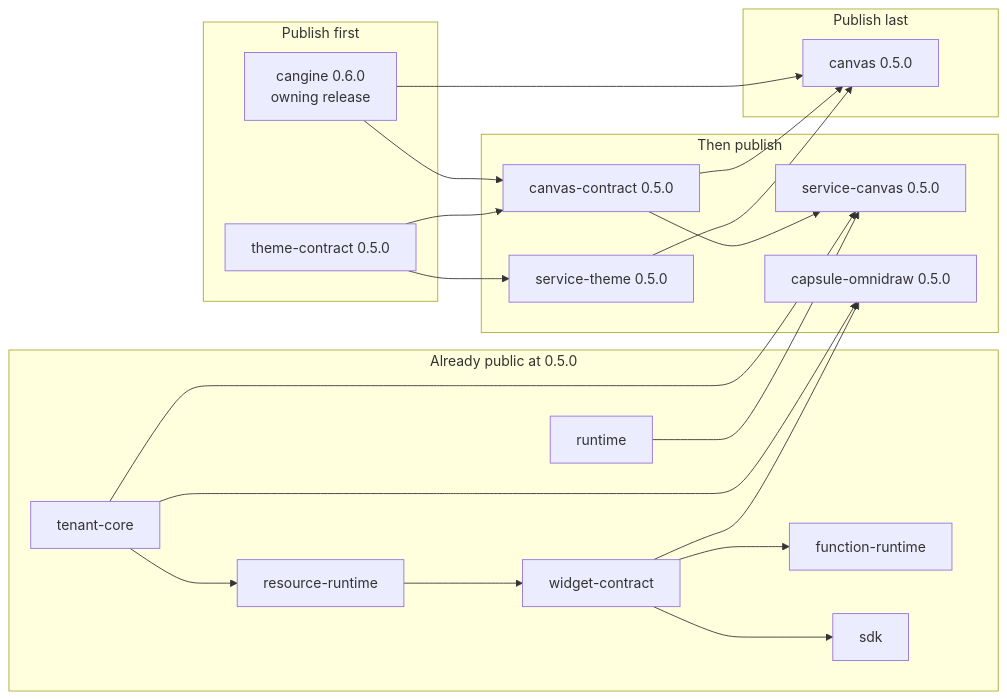
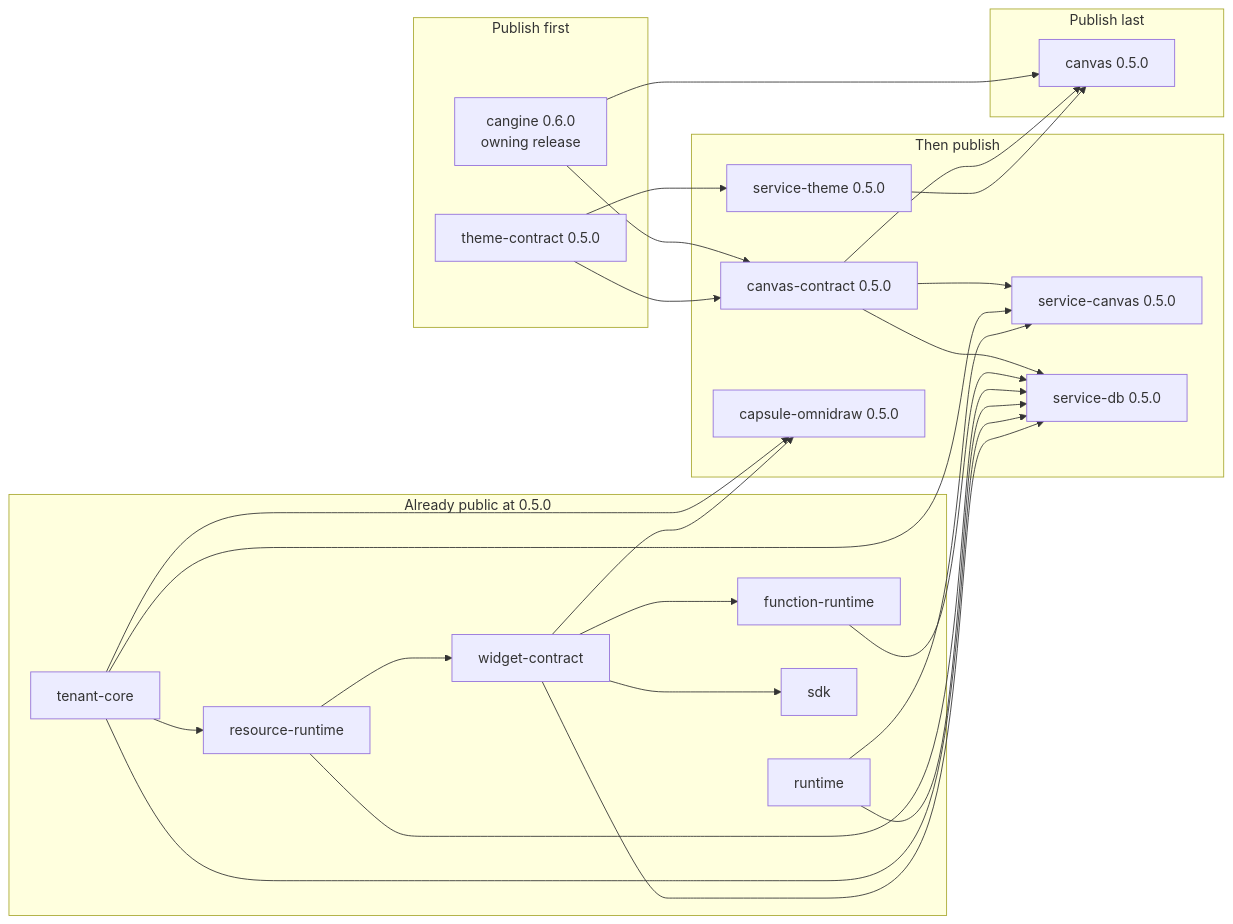
Before and after one commit to omnidraw/omnidraw: the diagram in tasks/d/D5.md, drawn with Mermaid. The commit also changed other lines of this file and 19 other files, not shown here.

````diff
--- a/tasks/d/D5.md
+++ b/tasks/d/D5.md
@@ -63,41 +64,48 @@
 ```mermaid
 flowchart LR
   subgraph Existing["Already public at 0.5.0"]
     Tenant["tenant-core"]
     Runtime["runtime"]
     Resource["resource-runtime"]
     Widget["widget-contract"]
     Function["function-runtime"]
     SDK["sdk"]
   end
 
   subgraph Prerequisites["Publish first"]
     Cangine["cangine 0.6.0<br/>owning release"]
     ThemeContract["theme-contract 0.5.0"]
   end
 
   subgraph ServerAndHost["Then publish"]
     CanvasContract["canvas-contract 0.5.0"]
     ServiceTheme["service-theme 0.5.0"]
     ServiceCanvas["service-canvas 0.5.0"]
+    ServiceDb["service-db 0.5.0"]
     CapsuleOmnidraw["capsule-omnidraw 0.5.0"]
   end
 
   subgraph Browser["Publish last"]
     Canvas["canvas 0.5.0"]
   end
 
   Tenant --> Resource --> Widget --> Function
   Widget --> SDK
   Cangine --> CanvasContract
   ThemeContract --> CanvasContract
   ThemeContract --> ServiceTheme
   CanvasContract --> ServiceCanvas
   Tenant --> ServiceCanvas
   Runtime --> ServiceCanvas
+  CanvasContract --> ServiceDb
+  Function --> ServiceDb
+  Resource --> ServiceDb
+  Runtime --> ServiceDb
+  Tenant --> ServiceDb
+  Widget --> ServiceDb
   Tenant --> CapsuleOmnidraw
   Widget --> CapsuleOmnidraw
   CanvasContract --> Canvas
   ServiceTheme --> Canvas
   Cangine --> Canvas
 ```
````
